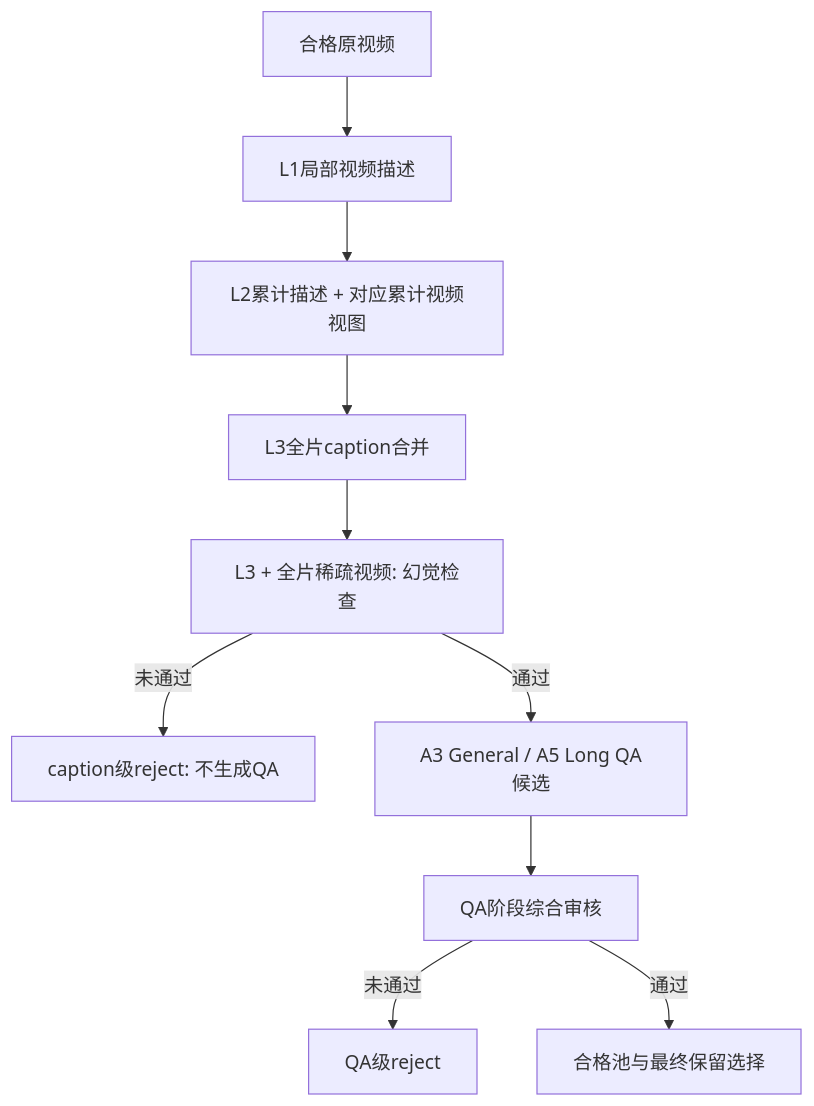
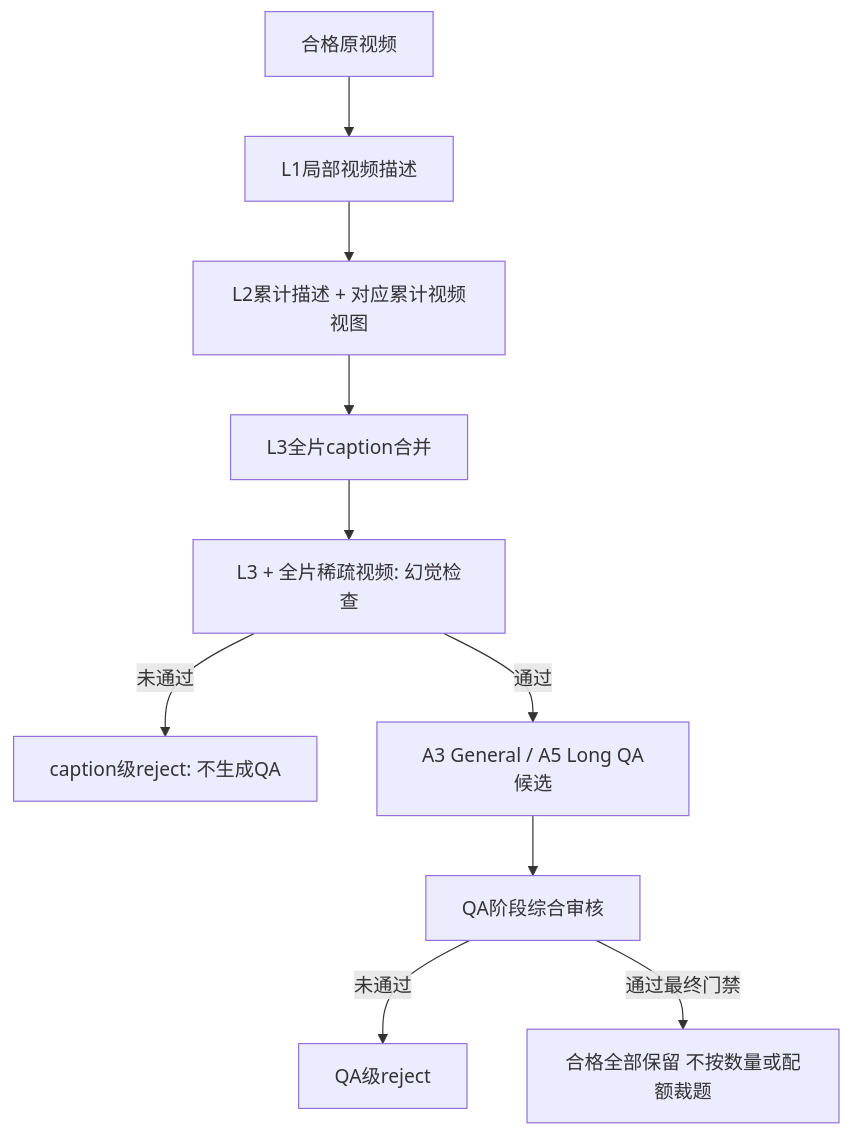
One commit to Tiachi/video-sft-builder changed the diagram in docs/video_sft_current_phase_requirements_2026-10-20.md. Above: the diagram before and after it, drawn with Mermaid. The commit also changed other lines of this file and 25 other files, not shown here.

````diff
--- a/docs/video_sft_current_phase_requirements_2026-10-20.md
+++ b/docs/video_sft_current_phase_requirements_2026-10-20.md
@@ -33,12 +33,12 @@
 ```mermaid
 flowchart TD
   A[合格原视频] --> B[L1局部视频描述]
   B --> C[L2累计描述 + 对应累计视频视图]
   C --> D[L3全片caption合并]
   D --> E[L3 + 全片稀疏视频: 幻觉检查]
   E -->|未通过| F[caption级reject: 不生成QA]
   E -->|通过| G[A3 General / A5 Long QA候选]
   G --> H[QA阶段综合审核]
   H -->|未通过| I[QA级reject]
-  H -->|通过| J[合格池与最终保留选择]
+  H -->|通过最终门禁| J[合格全部保留 不按数量或配额裁题]
 ```
````
